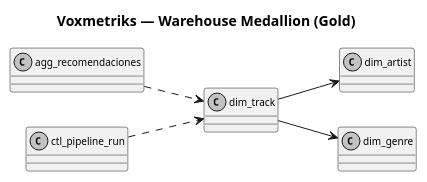
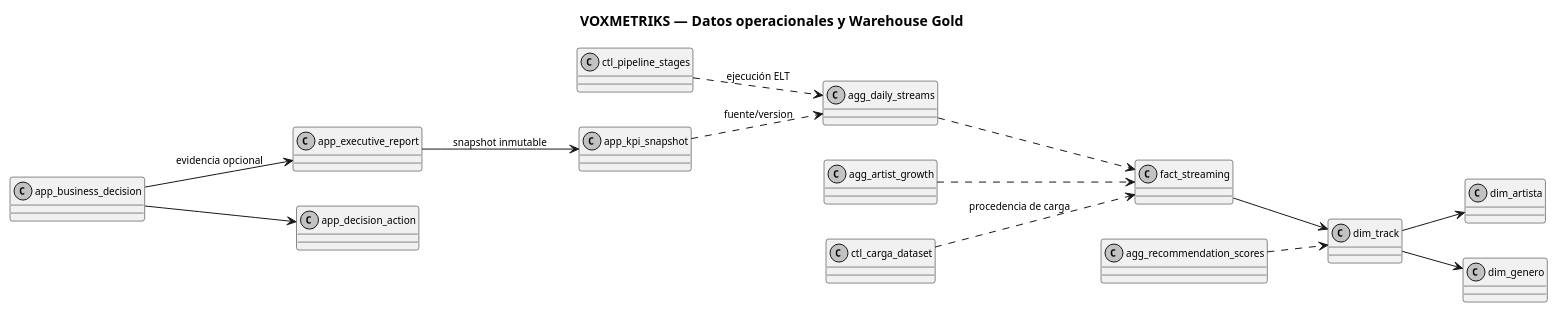
The diagram in docs/uml/classes/06-classes-warehouse.puml (JosephACS/VOXMETRIKS), drawn with PlantUML before and after one commit. The commit also changed 34 other files, not shown here.

```diff
--- a/docs/uml/classes/06-classes-warehouse.puml
+++ b/docs/uml/classes/06-classes-warehouse.puml
@@ -1,20 +1,35 @@
 @startuml voxmetriks-classes-warehouse
 skinparam monochrome true
 skinparam shadowing false
 skinparam classAttributeIconSize 0
 skinparam defaultFontSize 10
 left to right direction
-title Voxmetriks — Warehouse Medallion (Gold)
+title VOXMETRIKS — Datos operacionales y Warehouse Gold
 
 class dim_track
-class dim_artist
-class dim_genre
-class agg_recomendaciones
-class ctl_pipeline_run
+class dim_artista
+class dim_genero
+class fact_streaming
+class agg_daily_streams
+class agg_artist_growth
+class agg_recommendation_scores
+class ctl_carga_dataset
+class ctl_pipeline_stages
+class app_kpi_snapshot
+class app_executive_report
+class app_business_decision
+class app_decision_action
 
-dim_track --> dim_artist
-dim_track --> dim_genre
-agg_recomendaciones ..> dim_track
-ctl_pipeline_run ..> dim_track
-
+dim_track --> dim_artista
+dim_track --> dim_genero
+fact_streaming --> dim_track
+agg_daily_streams ..> fact_streaming
+agg_artist_growth ..> fact_streaming
+agg_recommendation_scores ..> dim_track
+ctl_carga_dataset ..> fact_streaming : procedencia de carga
+ctl_pipeline_stages ..> agg_daily_streams : ejecución ELT
+app_kpi_snapshot ..> agg_daily_streams : fuente/version
+app_executive_report --> app_kpi_snapshot : snapshot inmutable
+app_business_decision --> app_executive_report : evidencia opcional
+app_business_decision --> app_decision_action
 @enduml
```
